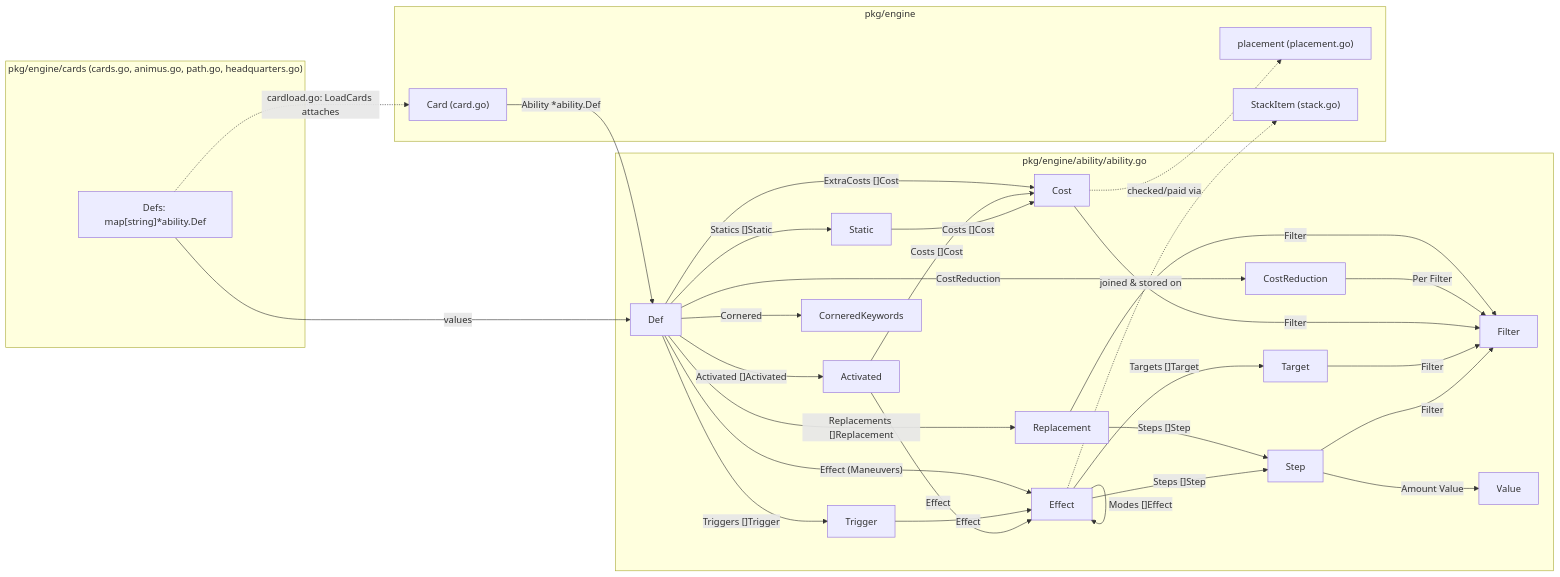
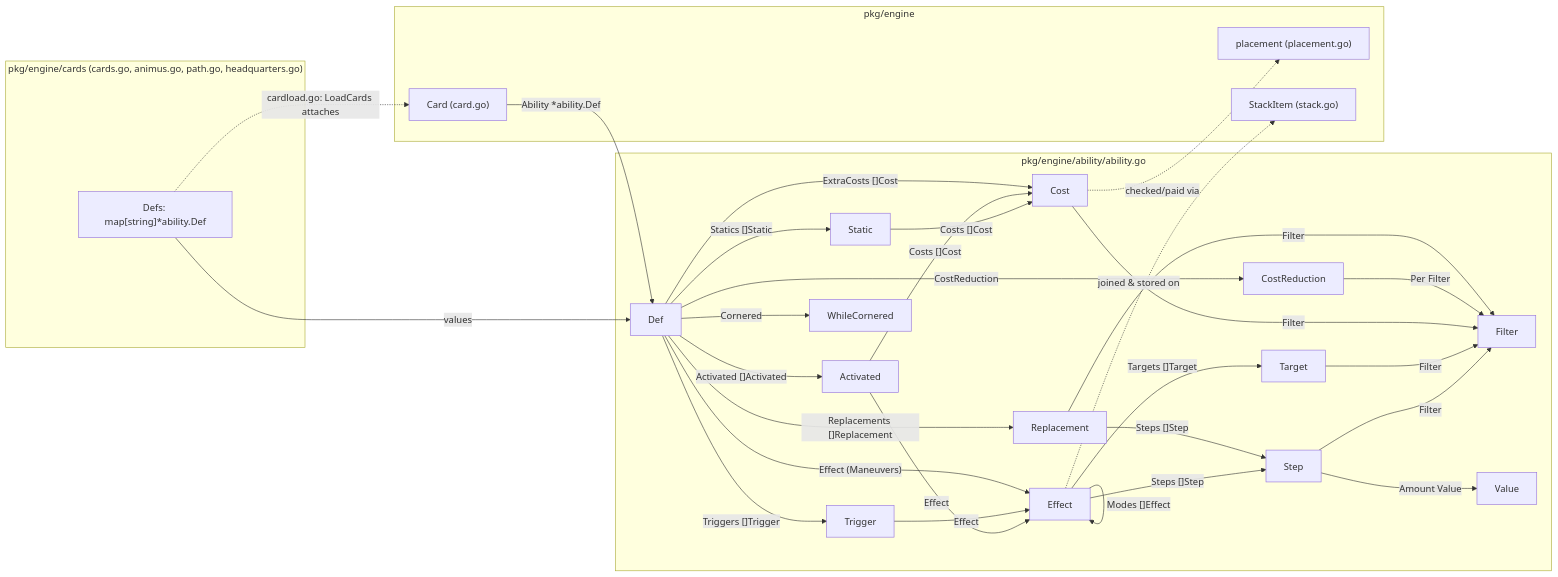
Before and after one commit to hailstorm01/animus-mundi: the second of 2 diagrams in docs/architecture/engine-structs.md, drawn with Mermaid. The commit also changed other lines of this file and 5 other files, not shown here.

Commit message:
feat(engine): Cornered and aura grants are ability.Keywords sets, Game.Keywords folds once (T-0273)

````diff
--- a/docs/architecture/engine-structs.md
+++ b/docs/architecture/engine-structs.md
@@ -205,61 +205,61 @@
 ```mermaid
 flowchart LR
     subgraph cards_pkg["pkg/engine/cards (cards.go, animus.go, path.go, headquarters.go)"]
         DefsMap["Defs: map[string]*ability.Def"]
     end
 
     subgraph ability_go["pkg/engine/ability/ability.go"]
         Def["Def"]
         Trigger["Trigger"]
         Activated["Activated"]
         Replacement["Replacement"]
         Static["Static"]
         CostReduction["CostReduction"]
-        CorneredKeywords["CorneredKeywords"]
+        WhileCornered["WhileCornered"]
         Cost["Cost"]
         Effect["Effect"]
         Target["Target"]
         Step["Step"]
         Filter["Filter"]
         Value["Value"]
     end
 
     subgraph engine_pkg["pkg/engine"]
         EngineCard["Card (card.go)"]
         EnginePlacement["placement (placement.go)"]
         EngineStackItem["StackItem (stack.go)"]
     end
 
     DefsMap -->|"values"| Def
     DefsMap -.->|"cardload.go: LoadCards attaches"| EngineCard
     EngineCard -->|"Ability *ability.Def"| Def
 
     Def -->|"Triggers []Trigger"| Trigger
     Def -->|"Activated []Activated"| Activated
     Def -->|"Replacements []Replacement"| Replacement
     Def -->|"Statics []Static"| Static
     Def -->|"CostReduction"| CostReduction
-    Def -->|"Cornered"| CorneredKeywords
+    Def -->|"Cornered"| WhileCornered
     Def -->|"ExtraCosts []Cost"| Cost
     Def -->|"Effect (Maneuvers)"| Effect
 
     Trigger -->|"Effect"| Effect
     Activated -->|"Costs []Cost"| Cost
     Activated -->|"Effect"| Effect
     Replacement -->|"Filter"| Filter
     Replacement -->|"Steps []Step"| Step
     Static -->|"Costs []Cost"| Cost
     CostReduction -->|"Per Filter"| Filter
     Cost -->|"Filter"| Filter
 
     Effect -->|"Modes []Effect"| Effect
     Effect -->|"Targets []Target"| Target
     Effect -->|"Steps []Step"| Step
 
     Target -->|"Filter"| Filter
     Step -->|"Filter"| Filter
     Step -->|"Amount Value"| Value
 
     Cost -.->|"checked/paid via"| EnginePlacement
     Effect -.->|"joined & stored on"| EngineStackItem
 ```
````
